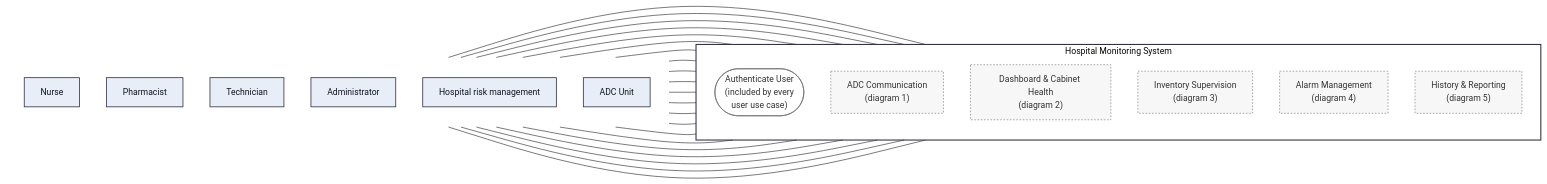
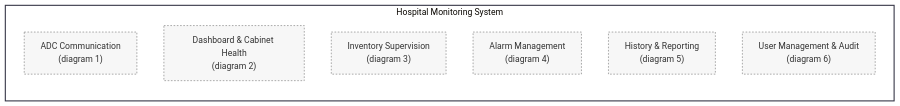
Before and after one commit to LukaMrt/3K04-project: the first of 7 diagrams in docs/part-b/diagrams/use-case-diagram.md, drawn with Mermaid (base theme). The commit also changed other lines of this file and 10 other files, not shown here.

````diff
--- a/docs/part-b/diagrams/use-case-diagram.md
+++ b/docs/part-b/diagrams/use-case-diagram.md
@@ -5,58 +7,16 @@
 ```mermaid
 flowchart LR
-    subgraph Actors[" "]
-        direction TB
-        Nurse["Nurse"]
-        Pharmacist["Pharmacist"]
-        Technician["Technician"]
-        Admin["Administrator"]
-        RiskMgmt["Hospital risk management"]
-        ADC["ADC Unit"]
-    end
-
     subgraph MS["Hospital Monitoring System"]
         direction TB
-        Auth(["Authenticate User<br/>(included by every<br/>user use case)"])
         P_COM["ADC Communication<br/>(diagram 1)"]
         P_DSH["Dashboard & Cabinet Health<br/>(diagram 2)"]
         P_INV["Inventory Supervision<br/>(diagram 3)"]
         P_ALM["Alarm Management<br/>(diagram 4)"]
         P_RPT["History & Reporting<br/>(diagram 5)"]
+        P_USR["User Management & Audit<br/>(diagram 6)"]
     end
 
-    Nurse --- Auth
-    Pharmacist --- Auth
-    Technician --- Auth
-    Admin --- Auth
-    RiskMgmt --- Auth
-
-    ADC --- P_COM
-    Technician --- P_COM
-    Admin --- P_COM
-
-    Nurse --- P_DSH
-    Pharmacist --- P_DSH
-    Technician --- P_DSH
-    Admin --- P_DSH
-
-    Nurse --- P_INV
-    Pharmacist --- P_INV
-
-    Nurse --- P_ALM
-    Pharmacist --- P_ALM
-    Technician --- P_ALM
-    Admin --- P_ALM
-
-    Pharmacist --- P_RPT
-    Admin --- P_RPT
-    RiskMgmt --- P_RPT
-
-    classDef actor fill:#e8eef7,stroke:#334,stroke-width:1.5px,color:#112;
-    classDef usecase fill:#fff,stroke:#666,stroke-width:1px;
     classDef package fill:#f7f7f7,stroke:#666,stroke-width:1px,stroke-dasharray: 3 3;
-    class Nurse,Pharmacist,Technician,Admin,RiskMgmt,ADC actor;
-    class Auth usecase;
-    class P_COM,P_DSH,P_INV,P_ALM,P_RPT package;
-    style Actors fill:none,stroke:none;
+    class P_COM,P_DSH,P_INV,P_ALM,P_RPT,P_USR package;
     style MS fill:none,stroke:#334,stroke-width:2px;
 ```
````
